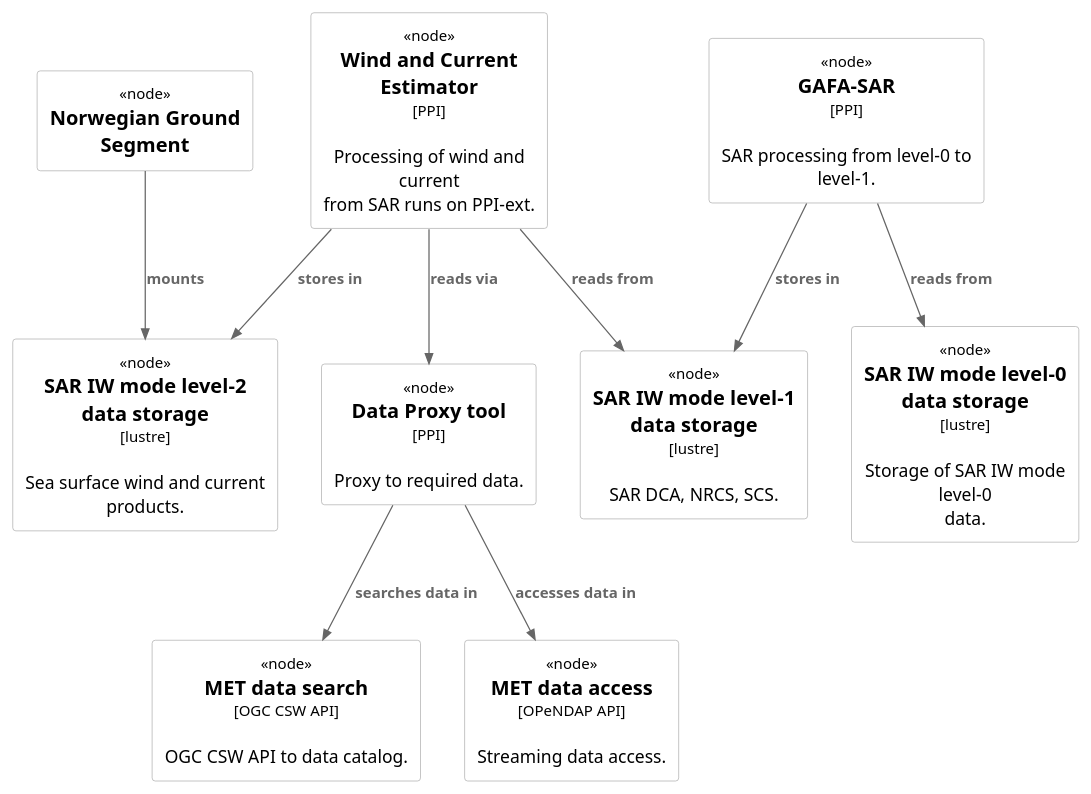
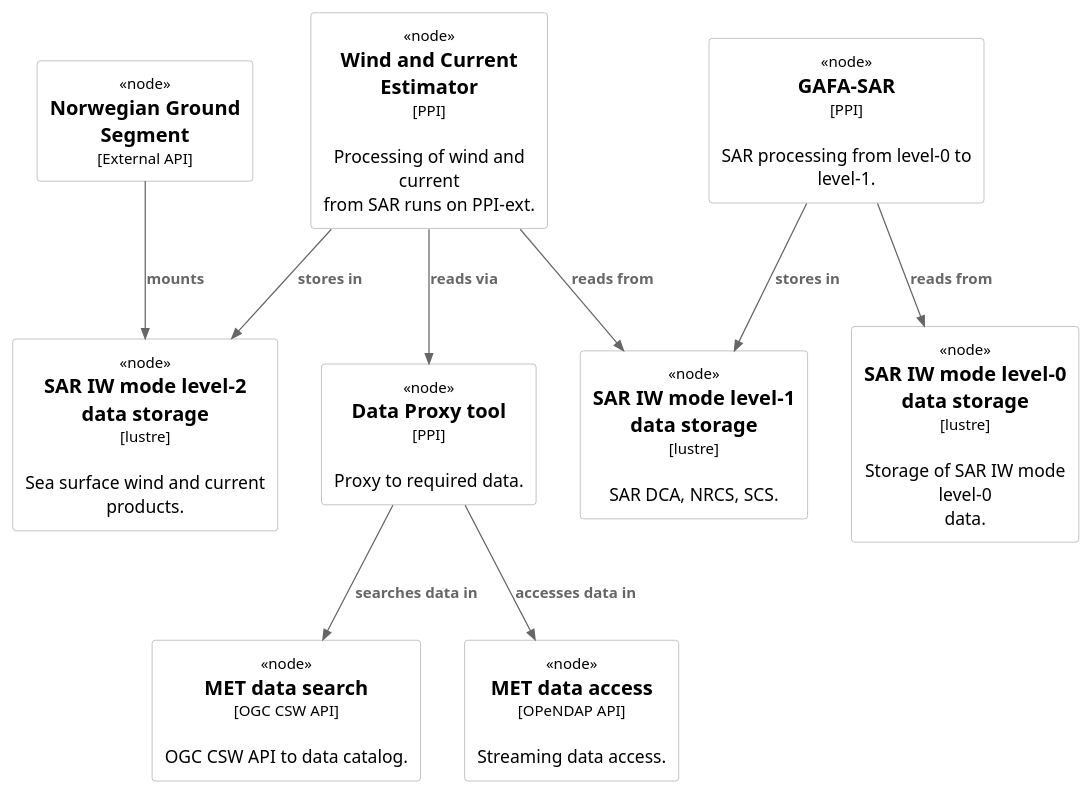
One commit to metno/esa-coscaw-architecture changed the diagram in puml/deployment.puml. Above: the diagram before and after it, drawn with PlantUML. The commit also changed 1 other file, not shown here.

```diff
--- a/puml/deployment.puml
+++ b/puml/deployment.puml
@@ -1,27 +1,27 @@
 @startuml deployment-diagram
 !include https://raw.githubusercontent.com/plantuml-stdlib/C4-PlantUML/master/C4_Deployment.puml
 
 Node(met_data_catalog, "MET data search", "OGC CSW API", "OGC CSW API to data catalog.")
 Node(met_data_access, "MET data access", "OPeNDAP API", "Streaming data access.")
 
 Node(proxy, "Data Proxy tool", "PPI", "Proxy to required data.")
 
 Node(gafasar, "GAFA-SAR", "PPI", "SAR processing from level-0 to level-1.")
 Node(pilot, "Wind and Current Estimator", "PPI", "Processing of wind and current from SAR runs on PPI-ext.")
 
 Node(level0, "SAR IW mode level-0 data storage", "lustre", "Storage of SAR IW mode level-0 data.")
 Node(level1, "SAR IW mode level-1 data storage", "lustre", "SAR DCA, NRCS, SCS.")
 Node(level2, "SAR IW mode level-2 data storage", "lustre", "Sea surface wind and current products.")
 
-Node(nbs, "Norwegian Ground Segment")
+Node(nbs, "Norwegian Ground Segment", "External API")
 
 Rel(nbs, level2, "mounts")
 Rel(pilot, level2, "stores in")
 Rel(pilot, level1, "reads from")
 Rel(pilot, proxy, "reads via")
 Rel(gafasar, level0, "reads from")
 Rel(gafasar, level1, "stores in")
 Rel(proxy, met_data_catalog, "searches data in")
 Rel(proxy, met_data_access, "accesses data in")
 
 @enduml
```
